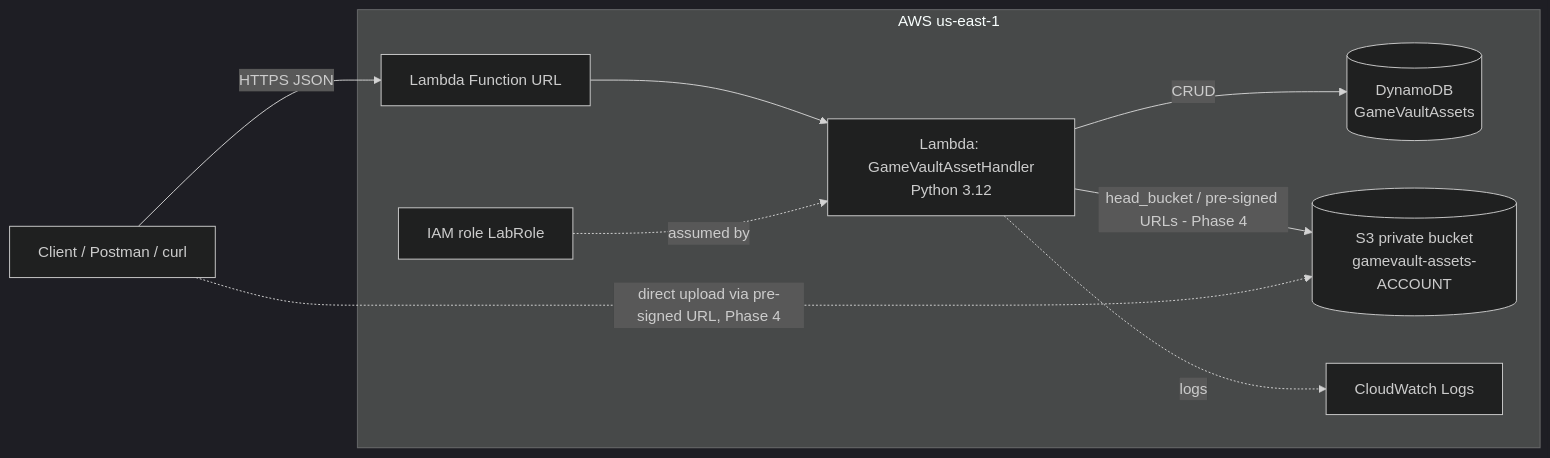
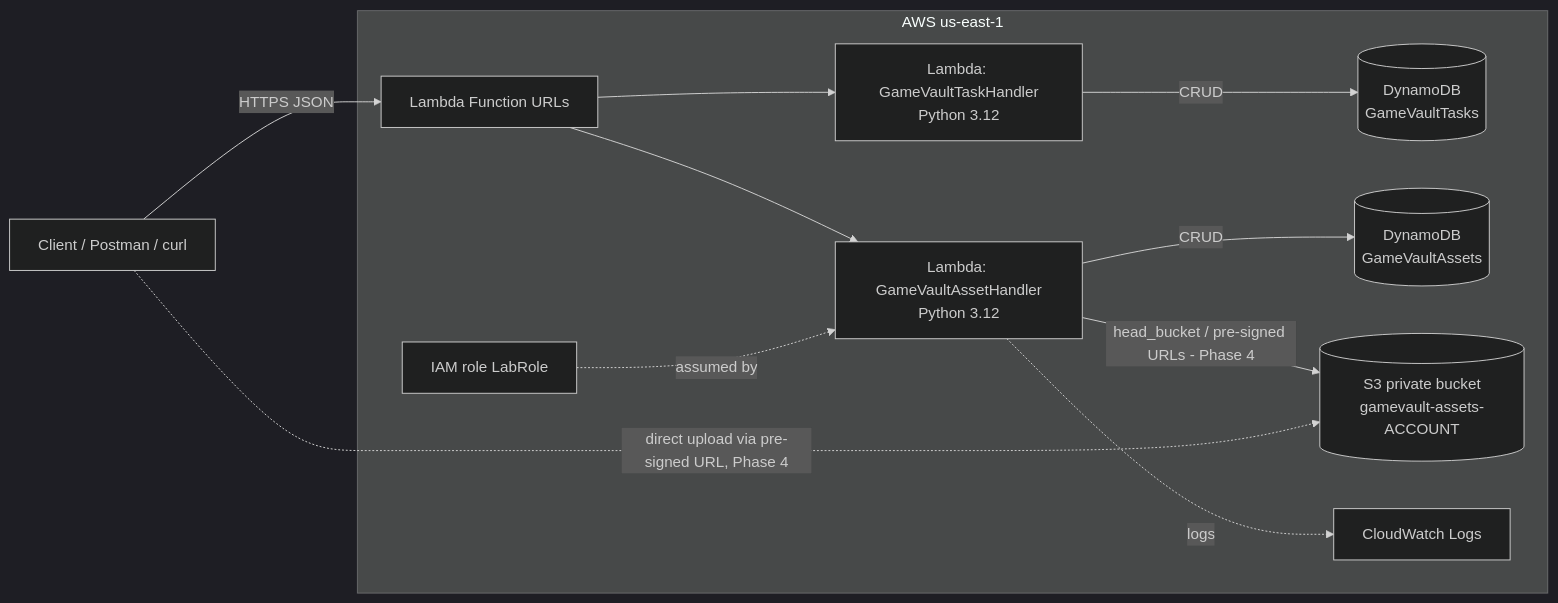
Before and after one commit to IlkhamAbdillah/GameDev-Management-WebApp: the diagram in README.md, drawn with Mermaid (dark theme). The commit also changed other lines of this file and 35 other files, not shown here.

````diff
--- a/README.md
+++ b/README.md
@@ -11,12 +11,14 @@
 ```mermaid
 flowchart LR
-  C[Client / Postman / curl] -->|HTTPS JSON| U[Lambda Function URL]
+  C[Client / Postman / curl] -->|HTTPS JSON| U[Lambda Function URLs]
   subgraph AWS us-east-1
     U --> L[Lambda: GameVaultAssetHandler<br/>Python 3.12]
+    U --> T[Lambda: GameVaultTaskHandler<br/>Python 3.12]
+    T -->|CRUD| D2[(DynamoDB<br/>GameVaultTasks)]
     L -->|CRUD| D[(DynamoDB<br/>GameVaultAssets)]
     L -->|head_bucket / pre-signed URLs - Phase 4| S[(S3 private bucket<br/>gamevault-assets-ACCOUNT)]
     L -.logs.-> CW[CloudWatch Logs]
     IAM[IAM role LabRole] -.assumed by.-> L
   end
   C -.direct upload via pre-signed URL, Phase 4.-> S
 ```
````
